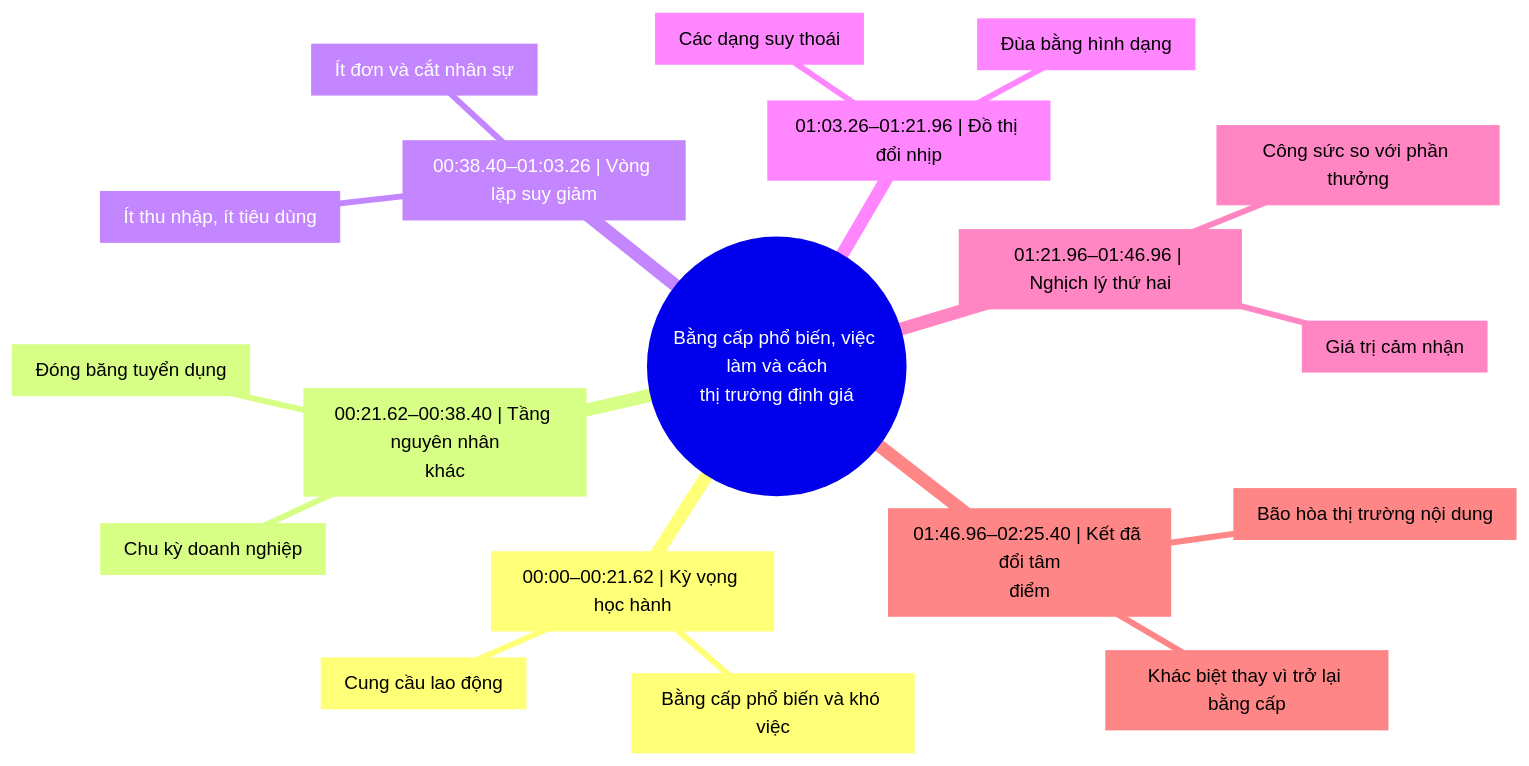
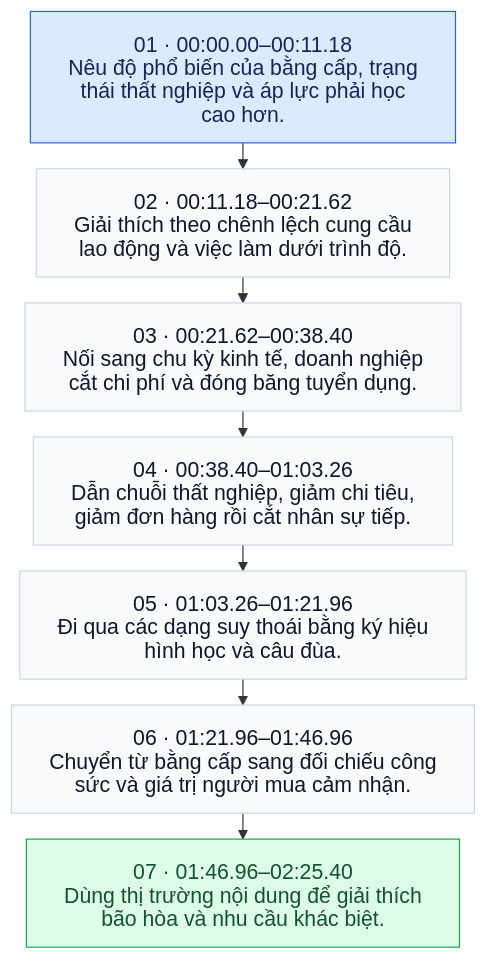
One commit to vilo0411/hook-script-kit changed the diagram in skills/hook-script/references/corpus/mindmaps/7540936784776023312.mmd. Above: the diagram before and after it, drawn with Mermaid. The commit also changed 103 other files, not shown here.

Commit message:
Diversify Vietnamese clip sources and replace radial maps with story flows

```diff
--- a/skills/hook-script/references/corpus/mindmaps/7540936784776023312.mmd
+++ b/skills/hook-script/references/corpus/mindmaps/7540936784776023312.mmd
@@ -1,20 +1,21 @@
-mindmap
-  root((Bằng cấp phổ biến, việc làm và cách<br/>thị trường định giá))
-    b0["00:00–00:21.62 | Kỳ vọng học hành"]
-      b0c0["Bằng cấp phổ biến và khó việc"]
-      b0c1["Cung cầu lao động"]
-    b1["00:21.62–00:38.40 | Tầng nguyên nhân<br/>khác"]
-      b1c0["Chu kỳ doanh nghiệp"]
-      b1c1["Đóng băng tuyển dụng"]
-    b2["00:38.40–01:03.26 | Vòng lặp suy giảm"]
-      b2c0["Ít thu nhập, ít tiêu dùng"]
-      b2c1["Ít đơn và cắt nhân sự"]
-    b3["01:03.26–01:21.96 | Đồ thị đổi nhịp"]
-      b3c0["Các dạng suy thoái"]
-      b3c1["Đùa bằng hình dạng"]
-    b4["01:21.96–01:46.96 | Nghịch lý thứ hai"]
-      b4c0["Công sức so với phần thưởng"]
-      b4c1["Giá trị cảm nhận"]
-    b5["01:46.96–02:25.40 | Kết đã đổi tâm<br/>điểm"]
-      b5c0["Bão hòa thị trường nội dung"]
-      b5c1["Khác biệt thay vì trở lại bằng cấp"]
+%%{init: {"htmlLabels": false, "themeVariables": {"fontSize": "18px"}, "flowchart": {"padding": 16, "rankSpacing": 22, "wrappingWidth": 360}}}%%
+flowchart TD
+  n0["01 · 00:00.00–00:11.18<br/>Nêu độ phổ biến của bằng cấp, trạng<br/>thái thất nghiệp và áp lực phải học<br/>cao hơn."]
+  n1["02 · 00:11.18–00:21.62<br/>Giải thích theo chênh lệch cung cầu<br/>lao động và việc làm dưới trình độ."]
+  n0 --> n1
+  n2["03 · 00:21.62–00:38.40<br/>Nối sang chu kỳ kinh tế, doanh nghiệp<br/>cắt chi phí và đóng băng tuyển dụng."]
+  n1 --> n2
+  n3["04 · 00:38.40–01:03.26<br/>Dẫn chuỗi thất nghiệp, giảm chi tiêu,<br/>giảm đơn hàng rồi cắt nhân sự tiếp."]
+  n2 --> n3
+  n4["05 · 01:03.26–01:21.96<br/>Đi qua các dạng suy thoái bằng ký hiệu<br/>hình học và câu đùa."]
+  n3 --> n4
+  n5["06 · 01:21.96–01:46.96<br/>Chuyển từ bằng cấp sang đối chiếu công<br/>sức và giá trị người mua cảm nhận."]
+  n4 --> n5
+  n6["07 · 01:46.96–02:25.40<br/>Dùng thị trường nội dung để giải thích<br/>bão hòa và nhu cầu khác biệt."]
+  n5 --> n6
+  classDef phase fill:#F8FAFC,stroke:#CBD5E1,color:#0F172A,font-size:18px;
+  classDef opening fill:#DBEAFE,stroke:#2563EB,color:#172554,font-size:18px;
+  classDef ending fill:#DCFCE7,stroke:#16A34A,color:#14532D,font-size:18px;
+  class n0,n1,n2,n3,n4,n5,n6 phase;
+  class n0 opening;
+  class n6 ending;
```
